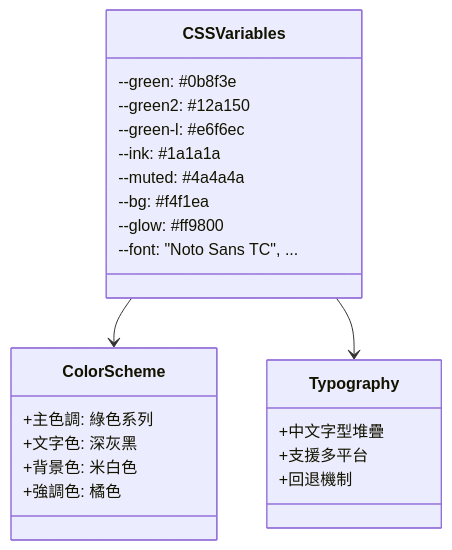
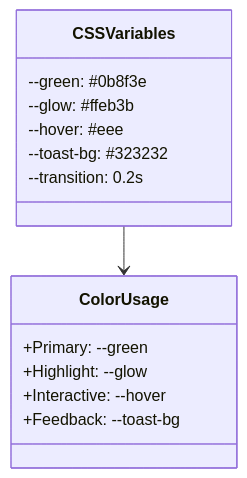
One commit to cuteman0725/phone-practice changed the second of 19 diagrams in style.md. Above: the diagram before and after it, drawn with Mermaid. The commit also changed other lines of this file and 8 other files, not shown here.

````diff
--- a/style.md
+++ b/style.md
@@ -36,29 +39,19 @@
 ```mermaid
 classDiagram
     class CSSVariables {
         --green: #0b8f3e
-        --green2: #12a150
-        --green-l: #e6f6ec
-        --ink: #1a1a1a
-        --muted: #4a4a4a
-        --bg: #f4f1ea
-        --glow: #ff9800
-        --font: "Noto Sans TC", ...
+        --glow: #ffeb3b
+        --hover: #eee
+        --toast-bg: #323232
+        --transition: 0.2s
     }
     
-    class ColorScheme {
-        +主色調: 綠色系列
-        +文字色: 深灰黑
-        +背景色: 米白色
-        +強調色: 橘色
+    class ColorUsage {
+        +Primary: --green
+        +Highlight: --glow
+        +Interactive: --hover
+        +Feedback: --toast-bg
     }
     
-    class Typography {
-        +中文字型堆疊
-        +支援多平台
-        +回退機制
-    }
-    
-    CSSVariables --> ColorScheme
-    CSSVariables --> Typography
+    CSSVariables --> ColorUsage
 ```
````
